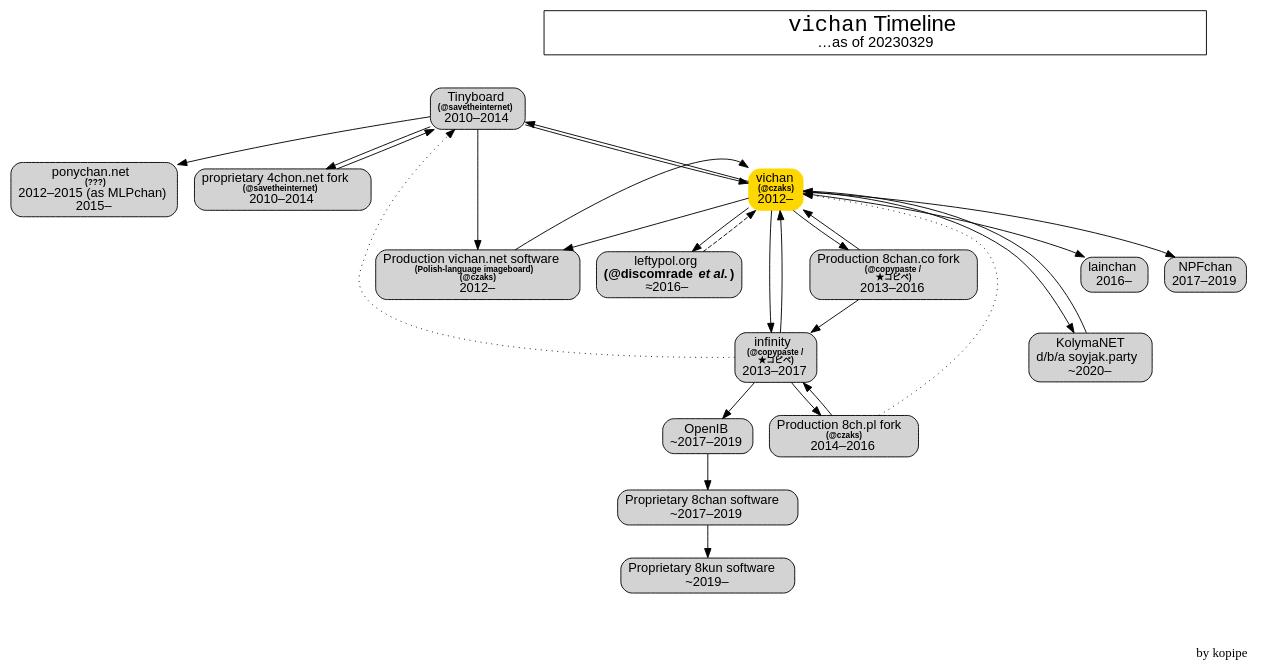
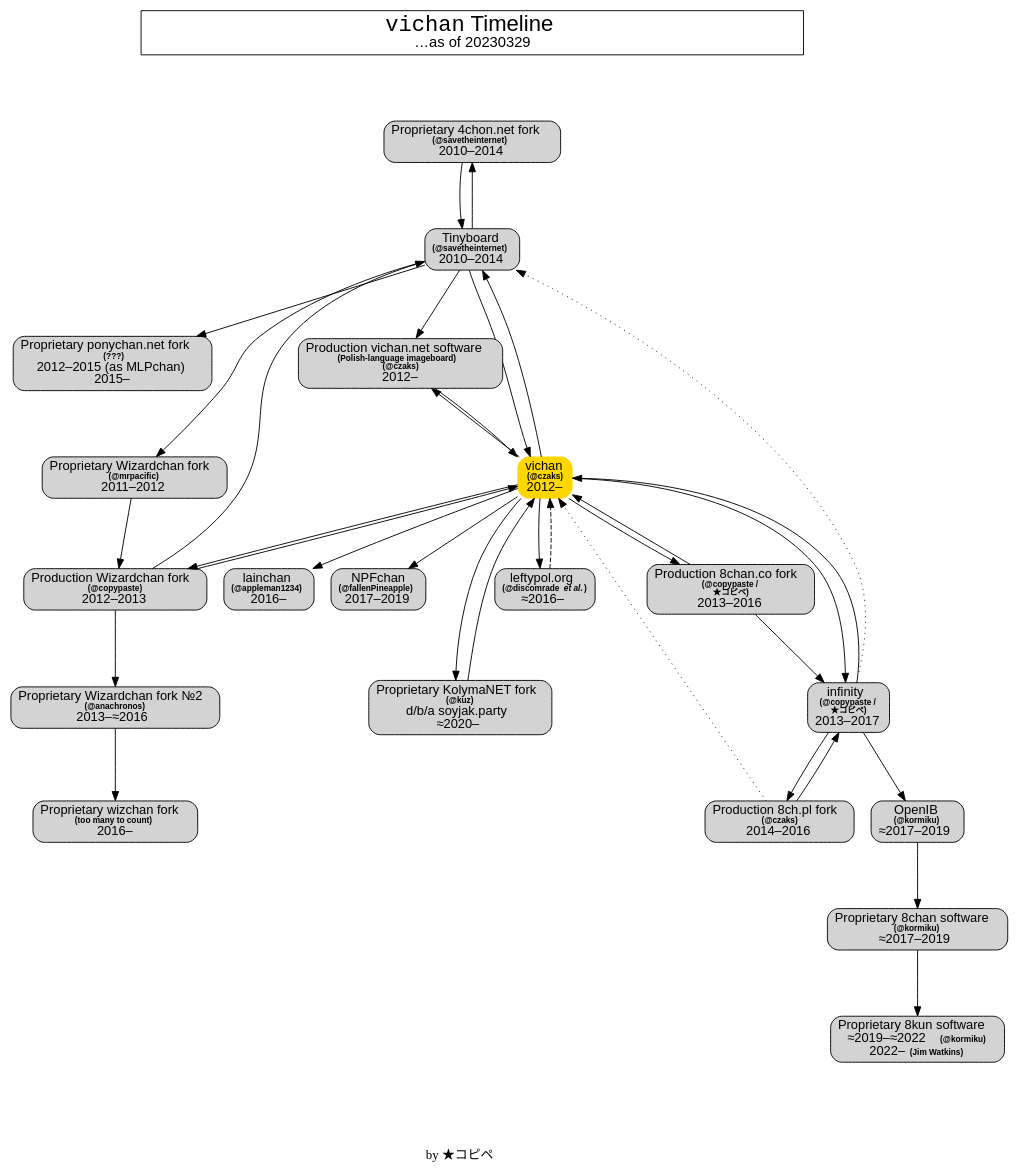
One commit to smolten/h2ochan changed the diagram in static/doc/timeline.gv. Above: the diagram before and after it, drawn with Graphviz. The commit also changed 3 other files, not shown here.

Commit message:
[timeline] Actually wait, it's even more complicated than that.

```diff
--- a/static/doc/timeline.gv
+++ b/static/doc/timeline.gv
@@ -1,87 +1,86 @@
 digraph {
-	graph [overlap=false];
-	subgraph main {
-		node [fontname="sans-serif",
-			shape=box,
-			style="rounded,filled"
-		];
-		tb	[label=<Tinyboard<BR/><B><FONT POINT-SIZE="9">(@savetheinternet)</FONT></B><BR/>2010–2014>];
-		ponychan	[label=<ponychan.net<BR/><B><FONT POINT-SIZE="9">(???)</FONT></B><BR/>2012–2015 (as MLPchan)<BR/>2015–>];
-		tb -> ponychan;
-		fourchon	[label=<proprietary 4chon.net fork<BR/><B><FONT POINT-SIZE="9">(@savetheinternet)</FONT></B><BR/>2010–2014>];
-		tb -> fourchon;
-		vichan	[color=gold,
-			label=<vichan<BR/><B><FONT POINT-SIZE="9">(@czaks)</FONT></B><BR/>2012–>];
-		tb -> vichan;
-		vichannet	[label=<Production vichan.net software<BR/><B><FONT POINT-SIZE="9">(Polish-language imageboard)<BR/>(@czaks)</FONT></B><BR/>2012–>];
-		tb -> vichannet;
-		fourchon -> tb;
-		vichan -> tb;
-		vichan -> vichannet;
-		leftypol	[label=<leftypol.org<BR/><B>(@discomrade <I>et al.</I>)</B><BR/>≈2016–>];
-		vichan -> leftypol;
-		inf	[label=<infinity<BR/><B><FONT POINT-SIZE="9">(@copypaste /<BR/>★コピペ)</FONT></B><BR/>2013–2017>];
-		vichan -> inf;
-		infco	[label=<Production 8chan.co fork<BR/><B><FONT POINT-SIZE="9">(@copypaste /<BR/>★コピペ)</FONT></B><BR/>2013–2016>];
-		vichan -> infco;
-		lc	[label=<lainchan<BR/>2016–>];
-		vichan -> lc;
-		npf	[label=<NPFchan<BR/>2017–2019>];
-		vichan -> npf;
-		kuz	[label=<KolymaNET<BR/>d/b/a soyjak.party<BR/>~2020–>];
-		vichan -> kuz;
-		vichannet -> vichan:nw;
-		leftypol -> vichan	[style=dashed];
-		inf -> tb	[style=dotted];
-		inf -> vichan;
-		infpl	[label=<Production 8ch.pl fork<BR/><B><FONT POINT-SIZE="9">(@czaks)</FONT></B><BR/>2014–2016>];
-		inf -> infpl;
-		oib	[label=<OpenIB<BR/>~2017–2019>];
-		inf -> oib;
-		infco -> vichan	[rank=min];
-		infco -> inf;
-		infpl -> vichan	[style=dotted];
-		infpl -> inf;
-		e8ch	[label=<Proprietary 8chan software<BR/>~2017–2019>];
-		oib -> e8ch;
-		e8kun	[label=<Proprietary 8kun software<BR/>~2019–>];
-		e8ch -> e8kun;
-		kuz -> vichan;
-	}
-	subgraph B {
-		subgraph title {
-			TITLE	[fontname="sans-serif",
-				fontsize=16,
-				label=<<FONT POINT-SIZE="24"><FONT FACE="monospace">vichan</FONT>&nbsp;Timeline</FONT><BR/>…as of 20230329>,
-				shape=box,
-				width=10];
-		}
-		subgraph sig {
-			graph [rank=sink];
-			SIG	[label=<<FONT FACE="serif">by kopipe</FONT>>,
-				labelloc=b,
-				shape=none];
-		}
-		tb;
-		vichan;
-		tb -> vichan	[arrowhead=0,
-			penwidth=0,
-			weight=max];
-		infco;
-		vichan -> infco	[arrowhead=0,
-			penwidth=0,
-			weight=max];
-		kuz;
-		infco -> kuz	[arrowhead=0,
-			penwidth=0,
-			weight=max];
-		kuz -> SIG	[arrowhead=0,
-			penwidth=0,
-			weight=max];
-		TITLE -> tb	[arrowhead=0,
-			penwidth=0,
-			weight=max];
-		TITLE -> SIG	[arrowhead=0,
-			penwidth=0];
-	}
+  graph [ranksep=1,
+         overlap=false];
+  fontname="sans-serif";
+  subgraph main {
+    node [fontname="sans-serif",
+          shape=box,
+          style="rounded,filled"
+    ];
+    fourchon  [label=<Proprietary 4chon.net fork<BR/><B><FONT POINT-SIZE="9">(@savetheinternet)</FONT></B><BR/>2010–2014>];
+    fourchon -> tb;
+    tb  [label=<Tinyboard<BR/><B><FONT POINT-SIZE="9">(@savetheinternet)</FONT></B><BR/>2010–2014>];
+    tb -> fourchon;
+    ponychan  [label=<Proprietary ponychan.net fork<BR/><B><FONT POINT-SIZE="9">(???)</FONT></B><BR/>2012–2015 (as MLPchan)<BR/>2015–>];
+    tb -> ponychan;
+    wiz [label=<Proprietary Wizardchan fork<BR/><B><FONT POINT-SIZE="9">(@mrpacific)</FONT></B><BR/>2011–2012>];
+    tb -> wiz;
+    wizk [label=<Production Wizardchan fork<BR/><B><FONT POINT-SIZE="9">(@copypaste)</FONT></B><BR/>2012–2013>];
+    wiz -> wizk;
+    wizk -> tb;
+    wizk -> vichan;
+    vichan -> wizk;
+    wizana [label=<Proprietary Wizardchan fork №2<BR/><B><FONT POINT-SIZE="9">(@anachronos)</FONT></B><BR/>2013–≈2016>];
+    wizk -> wizana;
+    wizchan [label=<Proprietary wizchan fork<BR/><B><FONT POINT-SIZE="9">(too many to count)</FONT></B><BR/>2016–>];
+    wizana -> wizchan;
+    vichan  [color=gold,
+      label=<vichan<BR/><B><FONT POINT-SIZE="9">(@czaks)</FONT></B><BR/>2012–>];
+    tb -> vichan;
+    vichannet  [label=<Production vichan.net software<BR/><B><FONT POINT-SIZE="9">(Polish-language imageboard)<BR/>(@czaks)</FONT></B><BR/>2012–>];
+    tb -> vichannet;
+    vichan -> tb;
+    vichan -> vichannet;
+    leftypol  [label=<leftypol.org<BR/><B><FONT POINT-SIZE="9">(@discomrade&nbsp;<I>et al.</I>)</FONT></B><BR/>≈2016–>];
+    vichan -> leftypol;
+    inf  [label=<infinity<BR/><B><FONT POINT-SIZE="9">(@copypaste /<BR/>★コピペ)</FONT></B><BR/>2013–2017>];
+    vichan -> inf;
+    infco  [label=<Production 8chan.co fork<BR/><B><FONT POINT-SIZE="9">(@copypaste /<BR/>★コピペ)</FONT></B><BR/>2013–2016>];
+    vichan -> infco;
+    lc  [label=<lainchan<BR/><B><FONT POINT-SIZE="9">(@appleman1234)</FONT></B><BR/>2016–>];
+    vichan -> lc;
+    npf  [label=<NPFchan<BR/><B><FONT POINT-SIZE="9">(@fallenPineapple)</FONT></B><BR/>2017–2019>];
+    vichan -> npf;
+    kuz  [label=<Proprietary KolymaNET fork<BR/><B><FONT POINT-SIZE="9">(@kuz)</FONT></B><BR/>d/b/a soyjak.party<BR/>≈2020–>];
+    vichan -> kuz;
+    vichannet -> vichan:nw;
+    leftypol -> vichan  [style=dashed];
+    inf -> tb  [style=dotted];
+    inf -> vichan;
+    infpl  [label=<Production 8ch.pl fork<BR/><B><FONT POINT-SIZE="9">(@czaks)</FONT></B><BR/>2014–2016>];
+    inf -> infpl;
+    oib  [label=<OpenIB<BR/><B><FONT POINT-SIZE="9">(@kormiku)</FONT></B><BR/>≈2017–2019>];
+    inf -> oib;
+    infco -> vichan  [rank=min];
+    infco -> inf;
+    infpl -> vichan  [style=dotted];
+    infpl -> inf;
+    e8ch  [label=<Proprietary 8chan software<BR/><B><FONT POINT-SIZE="9">(@kormiku)</FONT></B><BR/>≈2017–2019>];
+    oib -> e8ch;
+    e8kun  [label=<Proprietary 8kun software<BR/>≈2019–≈2022&nbsp;<B><FONT POINT-SIZE="9">(@kormiku)</FONT></B><BR/>2022–&nbsp;<B><FONT POINT-SIZE="9">(Jim Watkins)</FONT></B>>];
+    e8ch -> e8kun;
+    kuz -> vichan;
+  }
+  subgraph B {
+    subgraph title {
+      TITLE  [fontname="sans-serif",
+        fontsize=16,
+        label=<<FONT POINT-SIZE="24"><FONT FACE="monospace">vichan</FONT>&nbsp;Timeline</FONT><BR/>…as of 20230329>,
+        shape=box,
+        width=10];
+    }
+    subgraph sig {
+      graph [rank=sink];
+      SIG  [label=<<FONT FACE="serif">by ★コピペ</FONT>>,
+        labelloc=b,
+        shape=none];
+    }
+    {
+      TITLE -> fourchon -> tb -> vichan -> infco -> kuz -> SIG [arrowhead=0,
+                                                                penwidth=0,
+                                                                weight=max];
+    }
+  }
 }
+
+// vim: ts=2 sw=2 et
```
